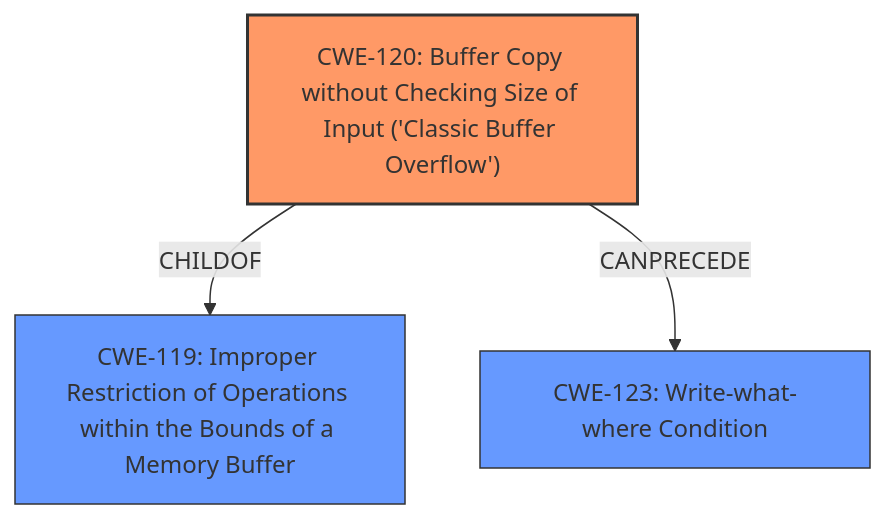
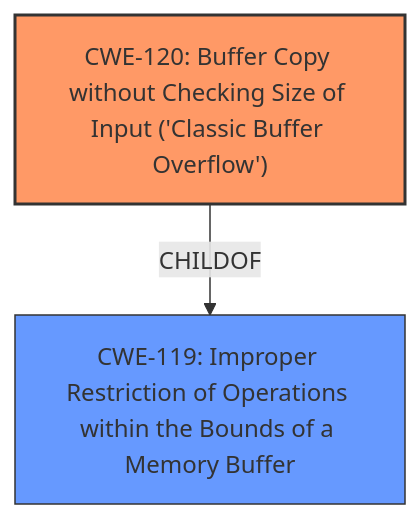
One commit to CyberSecAI/cwe_agent_assign_reports_2023 changed the diagram in CVE-2021-31166/CVE-2021-31166_analysis.md. Above: the diagram before and after it, drawn with Mermaid. The commit also changed other lines of this file and 902 other files, not shown here.

````diff
--- a/CVE-2021-31166/CVE-2021-31166_analysis.md
+++ b/CVE-2021-31166/CVE-2021-31166_analysis.md
@@ -16,15 +16,13 @@
 ```mermaid
 graph TD
     cwe120["CWE-120: Buffer Copy without Checking Size of Input ('Classic Buffer Overflow')"]
     cwe119["CWE-119: Improper Restriction of Operations within the Bounds of a Memory Buffer"]
-    cwe123["CWE-123: Write-what-where Condition"]
-
+    
     cwe120 -->|CHILDOF| cwe119
-    cwe120 -->|CANPRECEDE| cwe123
-
+    
     classDef primary fill:#f96,stroke:#333,stroke-width:2px
     classDef secondary fill:#69f,stroke:#333
-    classDef tertiary fill:#9e9,stroke:#333
+    
     class cwe120 primary
-    class cwe119,cwe123 secondary
+    class cwe119 secondary
 ```
````
